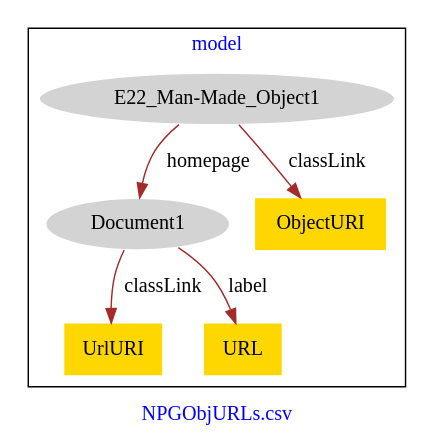
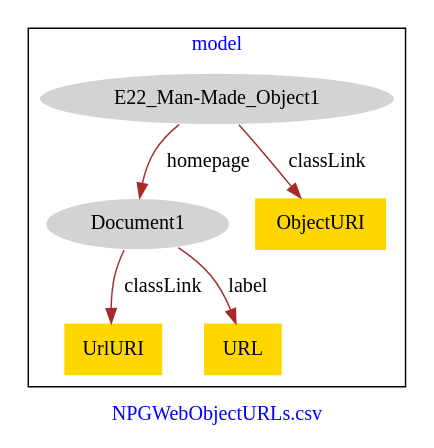
Before and after one commit to american-art/npg: the diagram in NPGObjURLs/NPGObjURLs-model.dot, drawn with Graphviz.

Commit message:
Update file NPGObjURLs-model.dot

```diff
--- a/NPGObjURLs/NPGObjURLs-model.dot
+++ b/NPGObjURLs/NPGObjURLs-model.dot
@@ -1,17 +1,17 @@
 digraph n0 {
 fontcolor="blue"
 remincross="true"
-label="NPGObjURLs.csv"
+label="NPGWebObjectURLs.csv"
 subgraph cluster {
 label="model"
 n2[style="filled",color="white",fillcolor="lightgray",label="E22_Man-Made_Object1"];
 n3[style="filled",color="white",fillcolor="lightgray",label="Document1"];
-n4[shape="plaintext",style="filled",fillcolor="gold",label="ObjectURI"];
-n5[shape="plaintext",style="filled",fillcolor="gold",label="UrlURI"];
+n4[shape="plaintext",style="filled",fillcolor="gold",label="UrlURI"];
+n5[shape="plaintext",style="filled",fillcolor="gold",label="ObjectURI"];
 n6[shape="plaintext",style="filled",fillcolor="gold",label="URL"];
 }
 n2 -> n3[color="brown",fontcolor="black",label="homepage"]
-n2 -> n4[color="brown",fontcolor="black",label="classLink"]
-n3 -> n5[color="brown",fontcolor="black",label="classLink"]
+n3 -> n4[color="brown",fontcolor="black",label="classLink"]
+n2 -> n5[color="brown",fontcolor="black",label="classLink"]
 n3 -> n6[color="brown",fontcolor="black",label="label"]
 }
```
